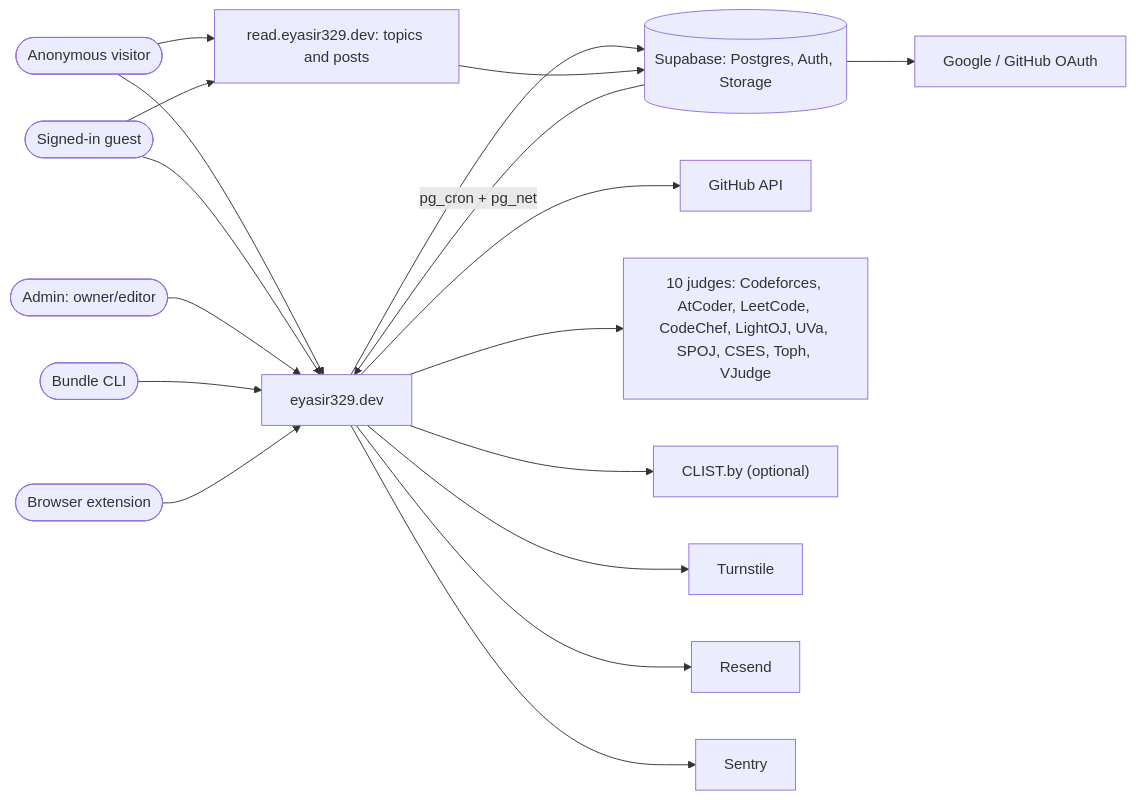
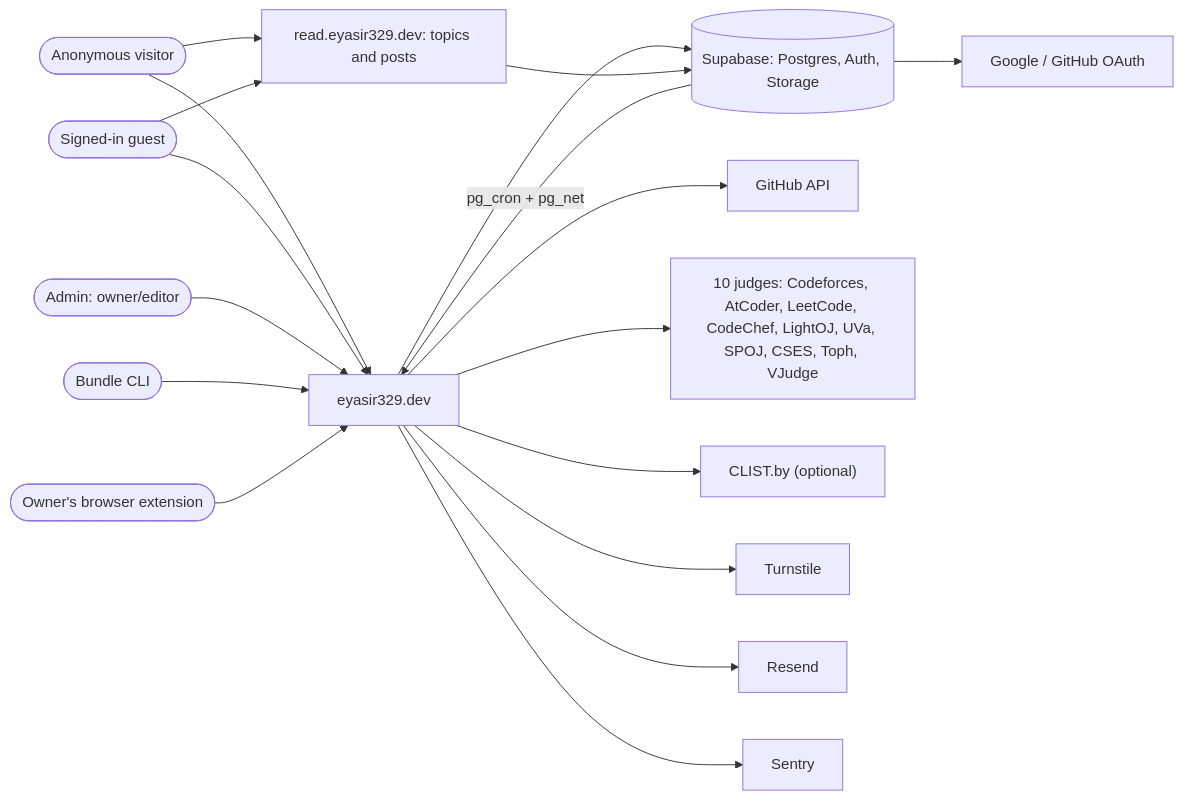
Before and after one commit to eyasir329/portfolio: the first of 6 diagrams in docs/06-system-architecture.md, drawn with Mermaid. The commit also changed other lines of this file and 24 other files, not shown here.

````diff
--- a/docs/06-system-architecture.md
+++ b/docs/06-system-architecture.md
@@ -23,20 +26,20 @@
 ```mermaid
 flowchart LR
   V(["Anonymous visitor"]) --> SITE["eyasir329.dev"]
   V --> READ["read.eyasir329.dev: topics and posts"]
   GU(["Signed-in guest"]) --> SITE
   GU --> READ
   AD(["Admin: owner/editor"]) --> SITE
   CLI(["Bundle CLI"]) --> SITE
-  EXT(["Browser extension"]) --> SITE
+  EXT(["Owner's browser extension"]) --> SITE
   SITE --> SB[("Supabase: Postgres, Auth, Storage")]
   READ --> SB
   SB --> IDP["Google / GitHub OAuth"]
   SITE --> GH["GitHub API"]
   SITE --> JUD["10 judges: Codeforces, AtCoder, LeetCode, CodeChef, LightOJ, UVa, SPOJ, CSES, Toph, VJudge"]
   SITE --> CLS["CLIST.by (optional)"]
   SITE --> TS["Turnstile"]
   SITE --> RS["Resend"]
   SITE --> SE["Sentry"]
   SB -- "pg_cron + pg_net" --> SITE
 ```
````
